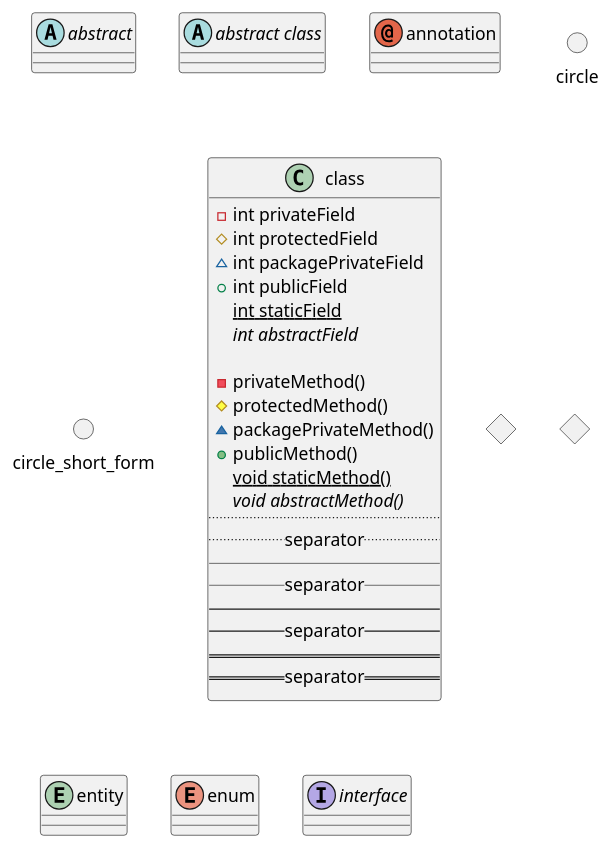
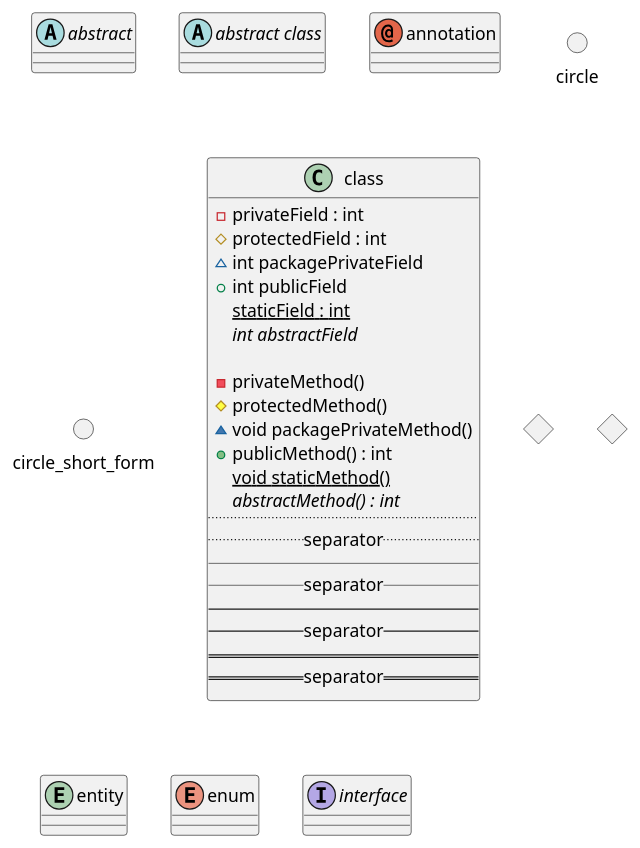
Before and after one commit to yzkn/PlantUML-CheatSheet: the first of 11 diagrams in src/14-000-クラス図.md, drawn with PlantUML. The commit also changed other lines of this file, not shown here.

````diff
--- a/src/14-000-クラス図.md
+++ b/src/14-000-クラス図.md
@@ -5,45 +5,45 @@
 ```plantuml
 
 @startuml
 
 abstract        abstract
 abstract class  "abstract class"
 annotation      annotation
 circle          circle
 ()              circle_short_form
 class           class
 diamond         diamond
 <>              diamond_short_form
 entity          entity
 enum            enum
 interface       interface
 
 
 class class {
-    -int privateField
-    #int protectedField
+    -privateField : int
+    #protectedField : int
     ~int packagePrivateField
     +int publicField
-    {static} int staticField
+    {static} staticField : int
     {abstract} int abstractField
 
     ' skinparam classAttributeIconSize 0 でマークをつけない
     -privateMethod()
     #protectedMethod()
-    ~packagePrivateMethod()
-    +publicMethod()
+    ~void packagePrivateMethod()
+    +publicMethod() : int
     {static} void staticMethod()
-    {abstract} void abstractMethod()
+    {abstract} abstractMethod() : int
     ..
     .. separator ..
     __
     __ separator __
     --
     -- separator --
     ==
     == separator ==
 }
 
 @enduml
 
 ```
````
